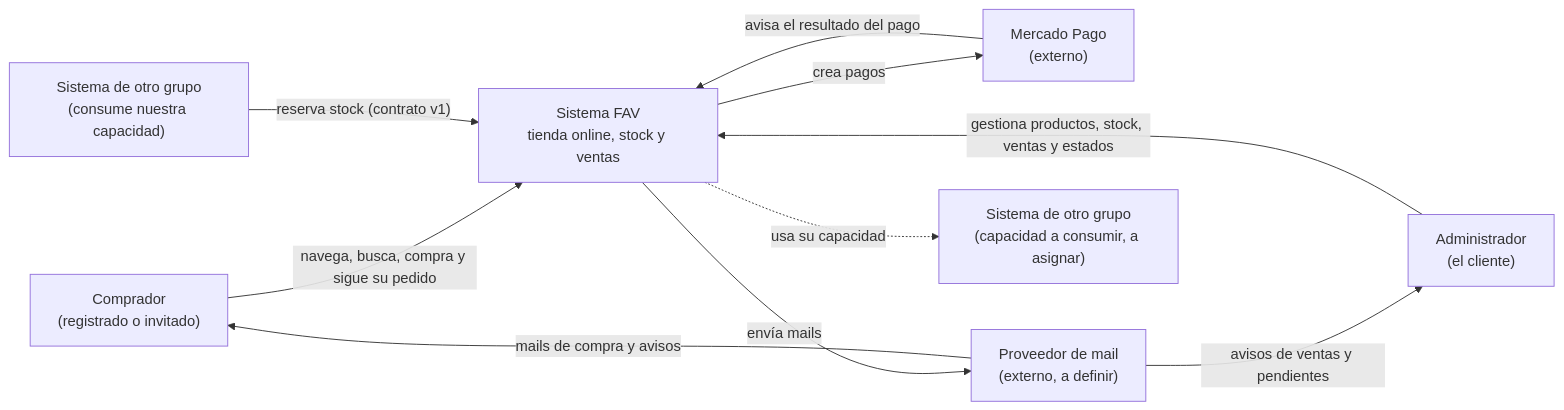
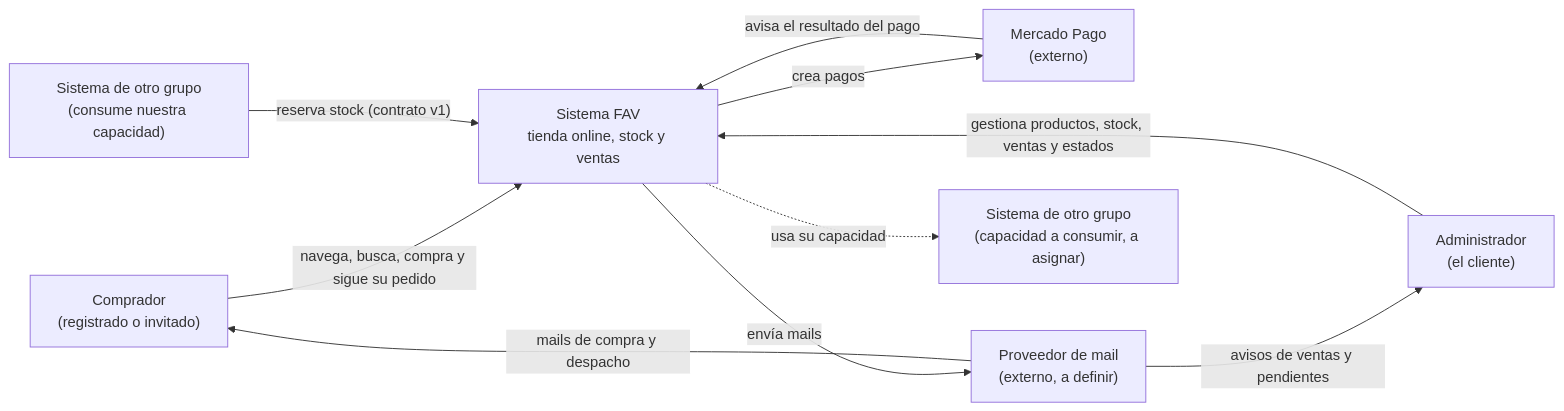
Before and after one commit to JuanHernandez-99/Fav-del-universo: the first of 2 diagrams in docs/ARCHITECTURE.md, drawn with Mermaid. The commit also changed other lines of this file and 1 other file, not shown here.

Commit message:
fix: spec and architecture

````diff
--- a/docs/ARCHITECTURE.md
+++ b/docs/ARCHITECTURE.md
@@ -30,20 +30,20 @@
 ```mermaid
 flowchart LR
     comprador["Comprador<br/>(registrado o invitado)"]
     admin["Administrador<br/>(el cliente)"]
     fav["Sistema FAV<br/>tienda online, stock y ventas"]
     mp["Mercado Pago<br/>(externo)"]
     mail["Proveedor de mail<br/>(externo, a definir)"]
     consumidor["Sistema de otro grupo<br/>(consume nuestra capacidad)"]
     proveedor["Sistema de otro grupo<br/>(capacidad a consumir, a asignar)"]
 
     comprador -->|"navega, busca, compra y sigue su pedido"| fav
     admin -->|"gestiona productos, stock, ventas y estados"| fav
     fav -->|"crea pagos"| mp
     mp -->|"avisa el resultado del pago"| fav
     fav -->|"envía mails"| mail
-    mail -->|"mails de compra y avisos"| comprador
+    mail -->|"mails de compra y despacho"| comprador
     mail -->|"avisos de ventas y pendientes"| admin
     consumidor -->|"reserva stock (contrato v1)"| fav
     fav -.->|"usa su capacidad"| proveedor
 ```
````
